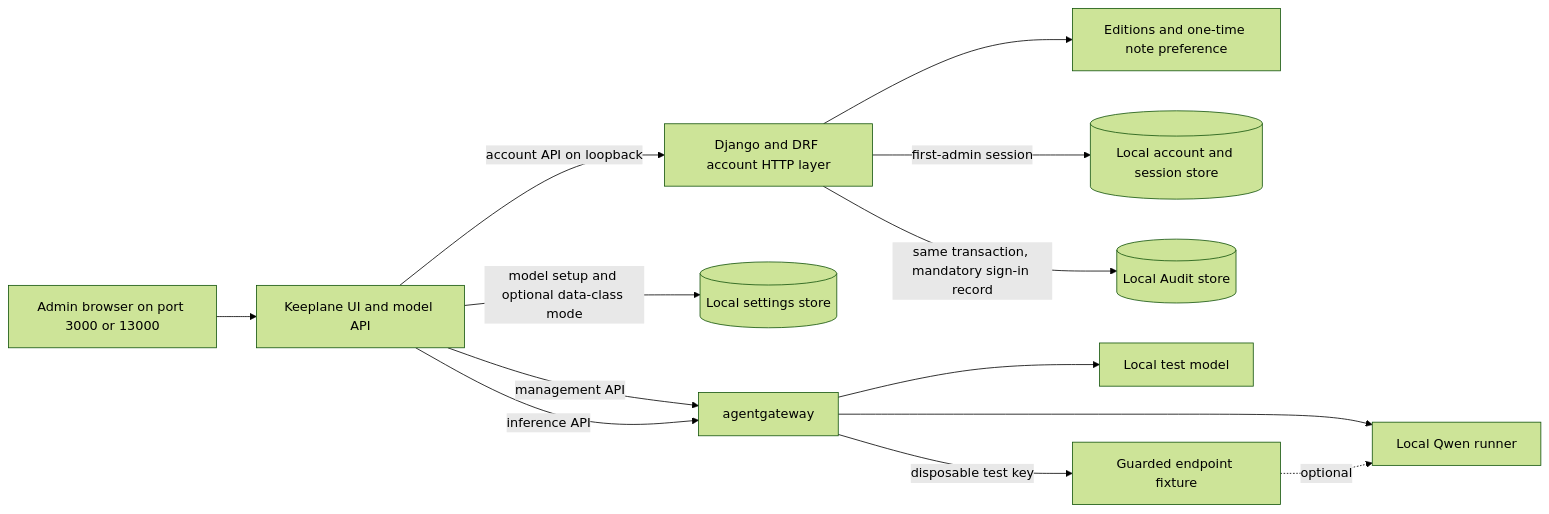
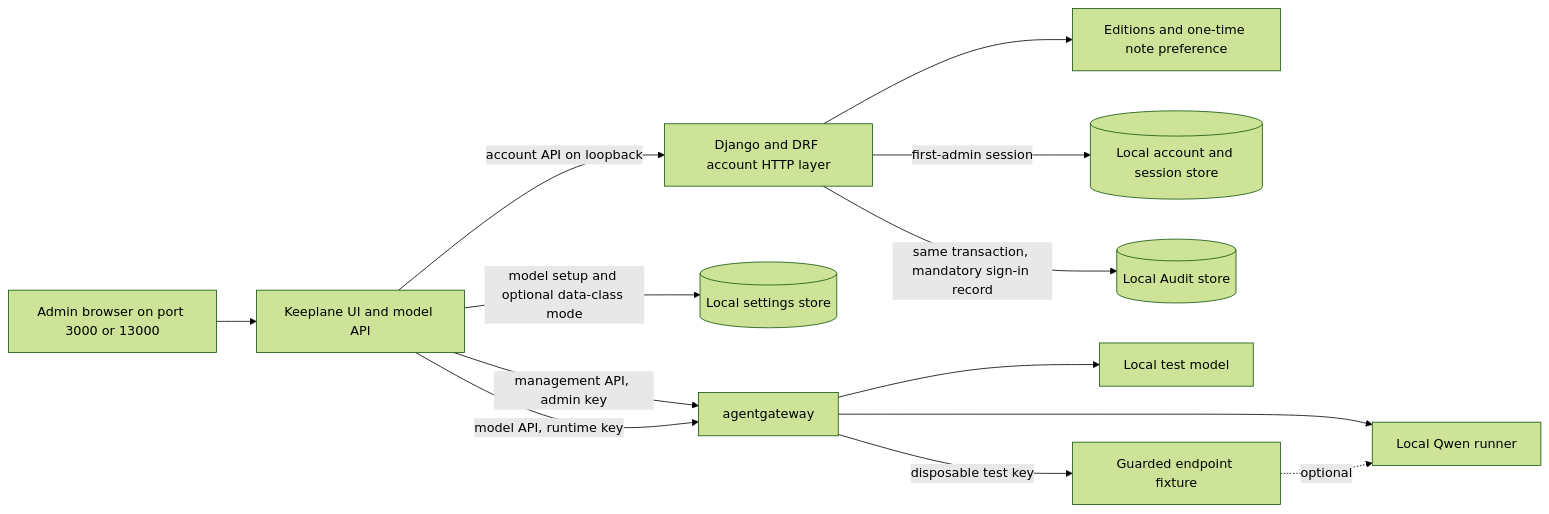
The diagram in docs/architecture/local-preview.md (OsamaFelFel/keeplane), drawn with Mermaid (forest theme) before and after one commit. The commit also changed other lines of this file and 28 other files, not shown here.

Commit message:
feat(gateway): separate local runtime and management credentials

````diff
--- a/docs/architecture/local-preview.md
+++ b/docs/architecture/local-preview.md
@@ -7,15 +7,15 @@
 ```mermaid
 flowchart LR
   Browser[Admin browser on port 3000 or 13000] --> App[Keeplane UI and model API]
   App -->|account API on loopback| Django[Django and DRF account HTTP layer]
   Django --> Editions[Editions and one-time note preference]
   Django -->|first-admin session| Accounts[(Local account and session store)]
   Django -->|same transaction, mandatory sign-in record| Audit[(Local Audit store)]
   App -->|model setup and optional data-class mode| Settings[(Local settings store)]
-  App -->|management API| Gateway[agentgateway]
-  App -->|inference API| Gateway
+  App -->|management API, admin key| Gateway[agentgateway]
+  App -->|model API, runtime key| Gateway
   Gateway --> Fixture[Local test model]
   Gateway --> Qwen[Local Qwen runner]
   Gateway -->|disposable test key| Guarded[Guarded endpoint fixture]
   Guarded -. optional .-> Qwen
 ```
````
